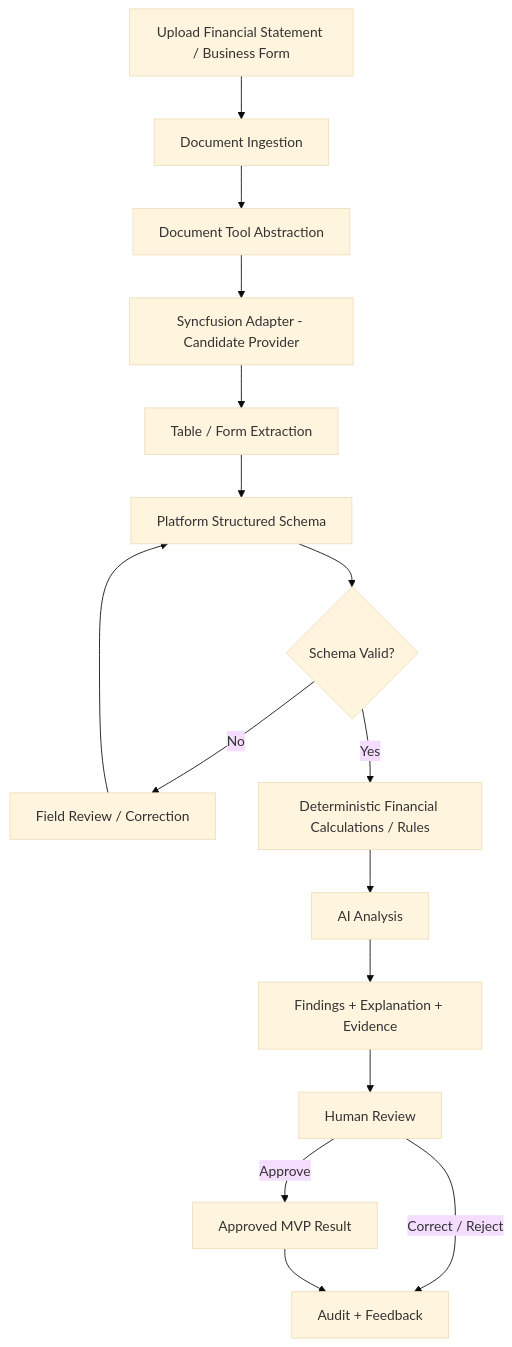
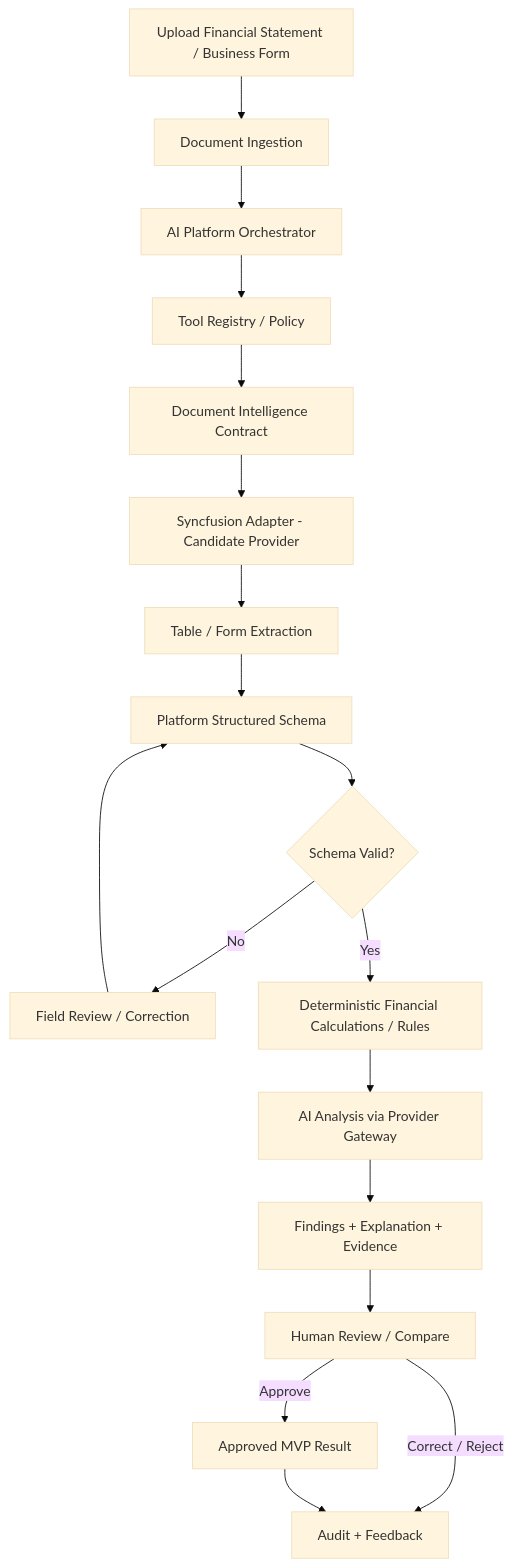
One commit to Milancho/ai-engineering-playbook changed the first of 4 diagrams in docs/planning/MVP-Document-Financial-Intelligence.md. Above: the diagram before and after it, drawn with Mermaid (base theme). The commit also changed other lines of this file, not shown here.

Commit message:
docs: refine document financial intelligence MVP components

````diff
--- a/docs/planning/MVP-Document-Financial-Intelligence.md
+++ b/docs/planning/MVP-Document-Financial-Intelligence.md
@@ -12,18 +12,20 @@
 ```mermaid
 flowchart TD
     A[Upload Financial Statement / Business Form] --> B[Document Ingestion]
-    B --> C[Document Tool Abstraction]
-    C --> D[Syncfusion Adapter - Candidate Provider]
-    D --> E[Table / Form Extraction]
-    E --> F[Platform Structured Schema]
-    F --> G{Schema Valid?}
-    G -->|No| H[Field Review / Correction]
-    H --> F
-    G -->|Yes| I[Deterministic Financial Calculations / Rules]
-    I --> J[AI Analysis]
-    J --> K[Findings + Explanation + Evidence]
-    K --> L[Human Review]
-    L -->|Correct / Reject| M[Audit + Feedback]
-    L -->|Approve| N[Approved MVP Result]
-    N --> M
+    B --> C[AI Platform Orchestrator]
+    C --> D[Tool Registry / Policy]
+    D --> E[Document Intelligence Contract]
+    E --> F[Syncfusion Adapter - Candidate Provider]
+    F --> G[Table / Form Extraction]
+    G --> H[Platform Structured Schema]
+    H --> I{Schema Valid?}
+    I -->|No| J[Field Review / Correction]
+    J --> H
+    I -->|Yes| K[Deterministic Financial Calculations / Rules]
+    K --> L[AI Analysis via Provider Gateway]
+    L --> M[Findings + Explanation + Evidence]
+    M --> N[Human Review / Compare]
+    N -->|Correct / Reject| O[Audit + Feedback]
+    N -->|Approve| P[Approved MVP Result]
+    P --> O
 ```
````
